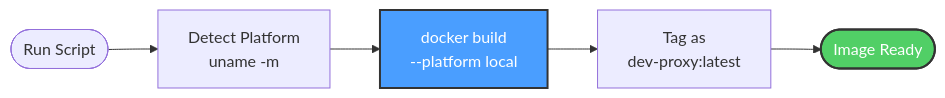
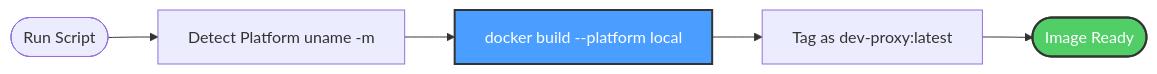
One commit to softwarewrighter/dev-proxy changed the second of 16 diagrams in wiki/Build-Process.md. Above: the diagram before and after it, drawn with Mermaid. The commit also changed other lines of this file and 6 other files, not shown here.

First line of the commit message:
Fix wiki Mermaid diagrams: remove <br/> tags

````diff
--- a/wiki/Build-Process.md
+++ b/wiki/Build-Process.md
@@ -66,10 +66,10 @@
 ```mermaid
 graph LR
-    Start([Run Script]) --> Detect[Detect Platform<br/>uname -m]
-    Detect --> Build[docker build<br/>--platform local]
-    Build --> Tag[Tag as<br/>dev-proxy:latest]
+    Start([Run Script]) --> Detect[Detect Platform uname -m]
+    Detect --> Build[docker build --platform local]
+    Build --> Tag[Tag as dev-proxy:latest]
     Tag --> Done([Image Ready])
 
     style Build fill:#4a9eff,stroke:#333,stroke-width:2px,color:#fff
     style Done fill:#51cf66,stroke:#333,stroke-width:2px,color:#fff
 ```
````
